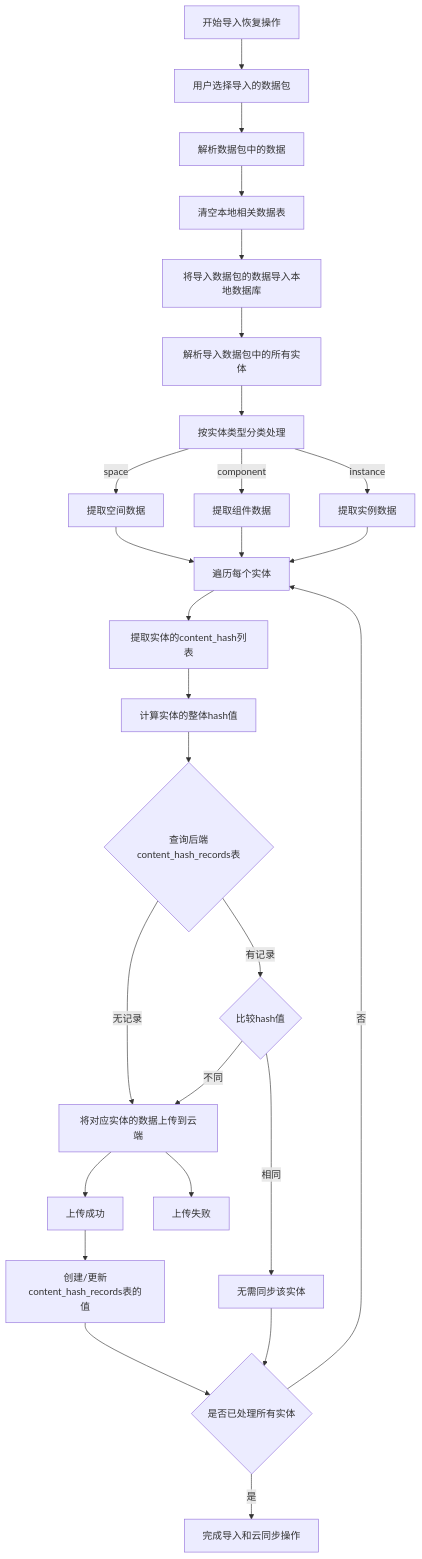
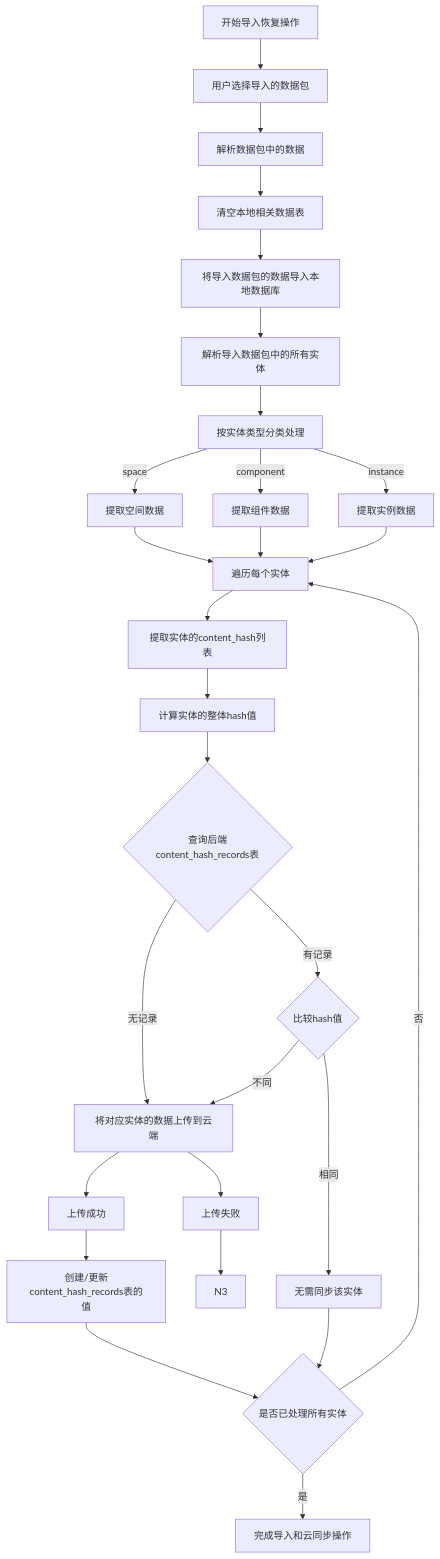
One commit to yingjianzh/iodraw-files changed the diagram in all/未命名-44.md. Above: the diagram before and after it, drawn with Mermaid.

Commit message:
2025-04-27 11:58:55 update

````diff
--- a/all/未命名-44.md
+++ b/all/未命名-44.md
@@ -1,42 +1,42 @@
 ```mermaid
 flowchart TD
     A[开始导入恢复操作] --> B[用户选择导入的数据包]
     B --> C[解析数据包中的数据]
     
     C --> D[清空本地相关数据表]
     D --> E[将导入数据包的数据导入本地数据库]
     
     E --> F[解析导入数据包中的所有实体]
     F --> G[按实体类型分类处理]
     
     G -->|space| H1[提取空间数据]
     G -->|component| H2[提取组件数据]
     G -->|instance| H3[提取实例数据]
     
     H1 --> I[遍历每个实体]
     H2 --> I
     H3 --> I
     
     I --> J[提取实体的content_hash列表]
     J --> K[计算实体的整体hash值]
     
     K --> L{查询后端content_hash_records表}
     L -->|无记录| M1[将对应实体的数据上传到云端]
     M1 --> N1[上传成功]
     M1 --> N2[上传失败]
     
-    N2
+    N2 --> N3
     N1 --> M4[创建/更新content_hash_records表的值]
 
     L -->|有记录| M2{比较hash值}
     M2 -->|不同| M1
 
     M2 -->|相同| M3[无需同步该实体]
     
     
     M3 --> S{是否已处理所有实体}
     M4 --> S{是否已处理所有实体}
     
     S -->|否| I
     S -->|是| T[完成导入和云同步操作]
 ```
````
